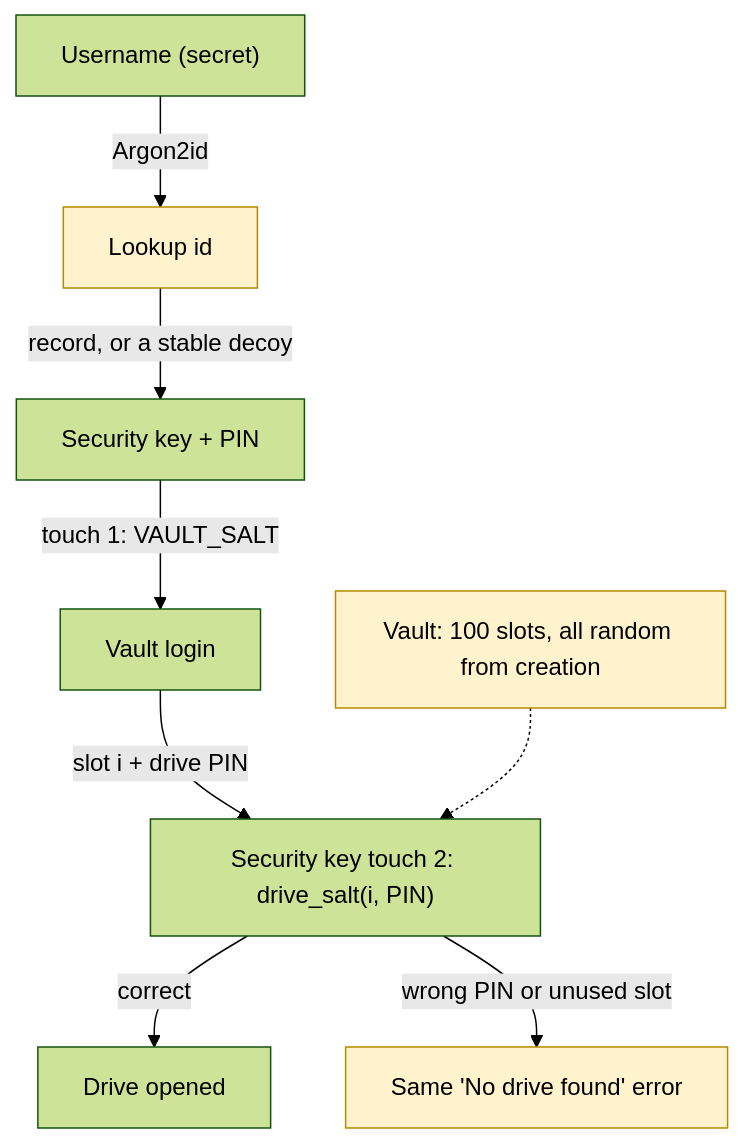
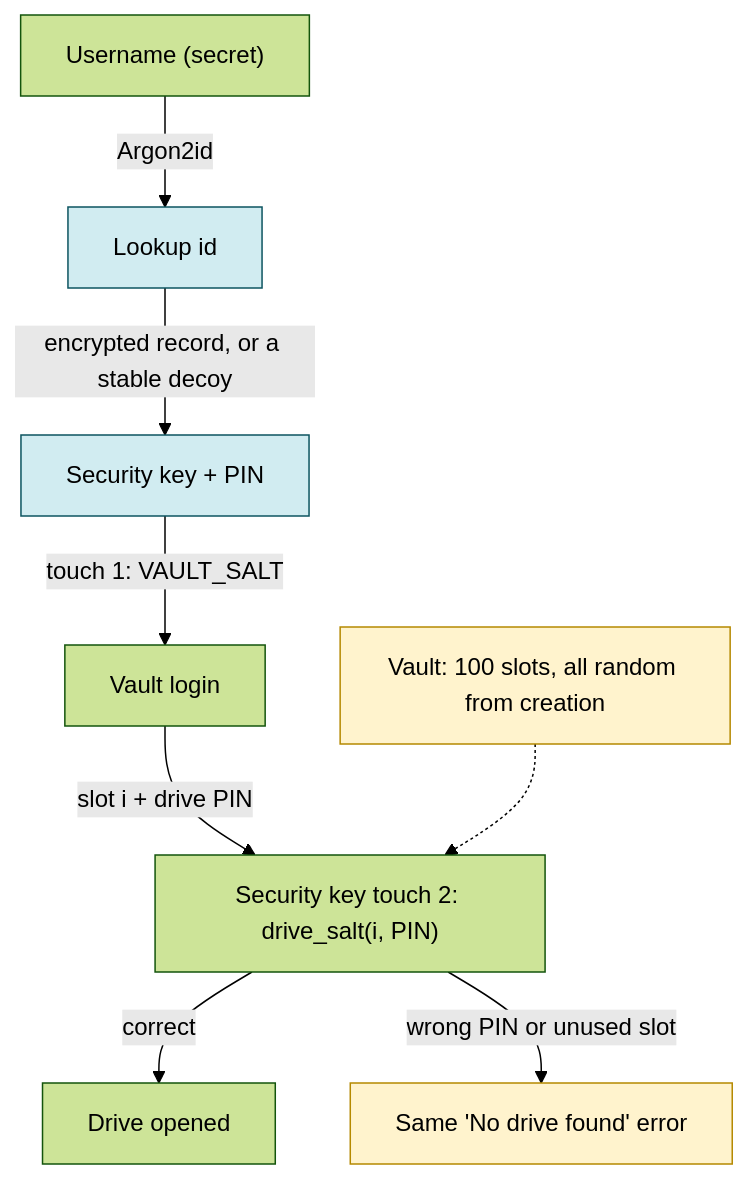
The diagram in README.md (CodeXTF2/strongbox), drawn with Mermaid (forest theme) before and after one commit. The commit also changed other lines of this file and 53 other files, not shown here.

First line of the commit message:
Vault-only format, new logo, recovery UX, PIN change, key rename

````diff
--- a/README.md
+++ b/README.md
@@ -42,13 +41,15 @@
 ```mermaid
 flowchart TD
   U["Username (secret)"] -->|"Argon2id"| L["Lookup id"]
-  L -->|"record, or a stable decoy"| K["Security key + PIN"]
+  L -->|"encrypted record, or a stable decoy"| K["Security key + PIN"]
   K -->|"touch 1: VAULT_SALT"| V["Vault login"]
   V -->|"slot i + drive PIN"| K2["Security key touch 2: drive_salt(i, PIN)"]
   K2 -->|"correct"| O["Drive opened"]
   K2 -->|"wrong PIN or unused slot"| N["Same 'No drive found' error"]
   S["Vault: 100 slots, all random from creation"] -.-> K2
 
-  classDef deny fill:#fff3cd,stroke:#b58900,color:#000
-  class L,N,S deny
+  classDef account fill:#d1ecf1,stroke:#0c5460,color:#000
+  classDef vault fill:#fff3cd,stroke:#b58900,color:#000
+  class L,K account
+  class N,S vault
 ```
````
